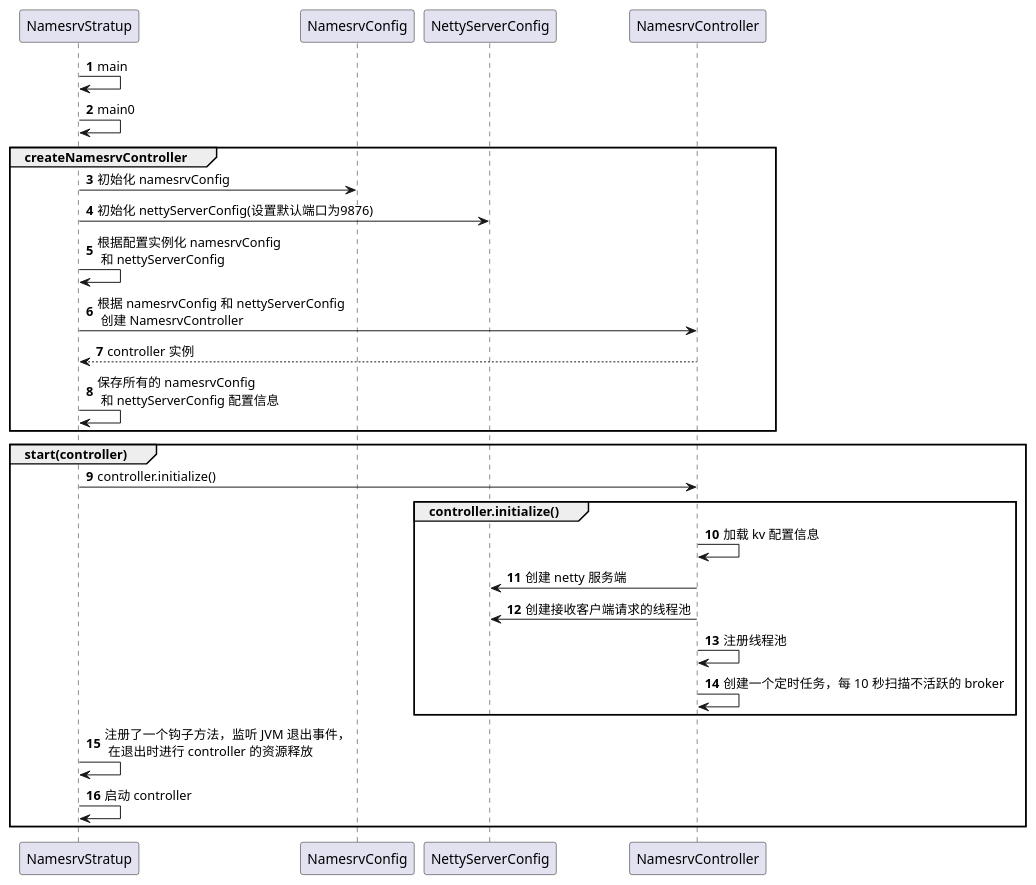
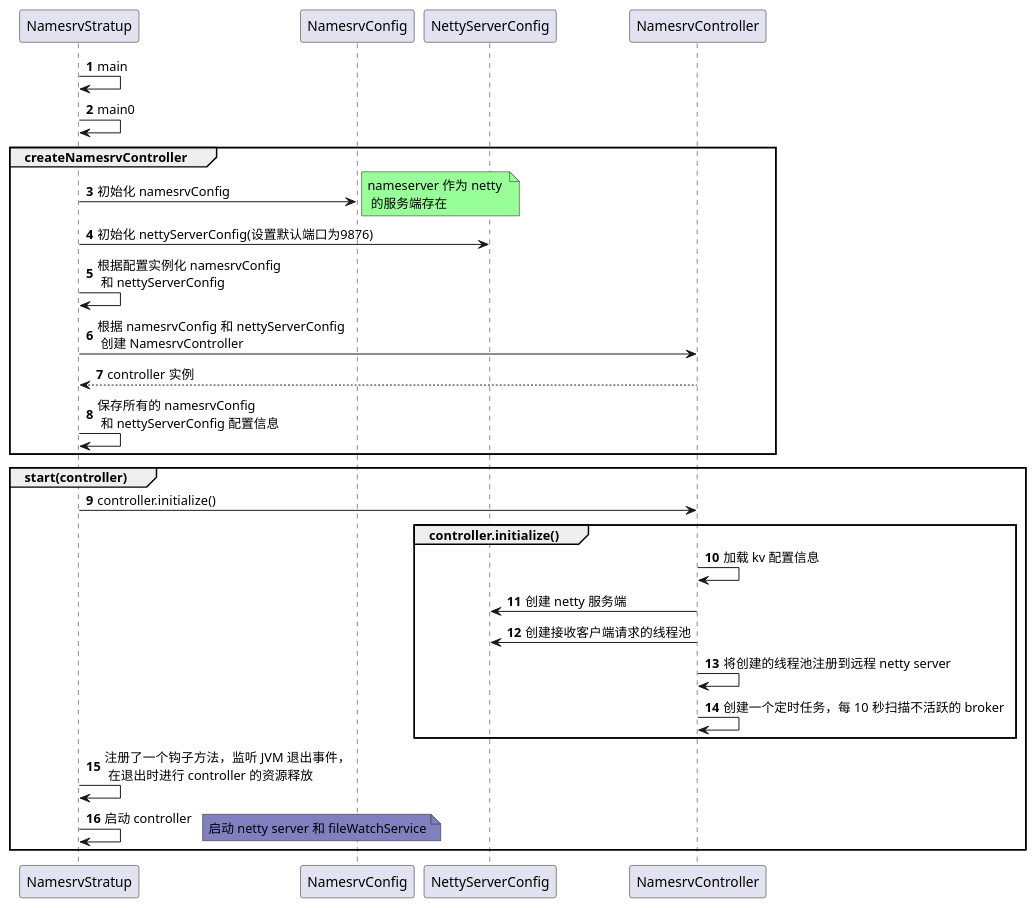
Before and after one commit to CleverZiv/rocketmq-master: the diagram in namesrv/nameserver.puml, drawn with PlantUML. The commit also changed 8 other files, not shown here.

Commit message:
namesrv及broker启动时序图、注释

```diff
--- a/namesrv/nameserver.puml
+++ b/namesrv/nameserver.puml
@@ -1,28 +1,29 @@
 @startuml
 'https://plantuml.com/sequence-diagram
 
 autonumber
-
 NamesrvStratup -> NamesrvStratup: main
 NamesrvStratup -> NamesrvStratup: main0
 group createNamesrvController
 NamesrvStratup -> NamesrvConfig: 初始化 namesrvConfig
+note right #99FF99 : nameserver 作为 netty \n 的服务端存在
 NamesrvStratup -> NettyServerConfig: 初始化 nettyServerConfig(设置默认端口为9876)
 NamesrvStratup -> NamesrvStratup: 根据配置实例化 namesrvConfig \n 和 nettyServerConfig
 NamesrvStratup -> NamesrvController: 根据 namesrvConfig 和 nettyServerConfig \n 创建 NamesrvController
 NamesrvController --> NamesrvStratup: controller 实例
 NamesrvStratup -> NamesrvStratup: 保存所有的 namesrvConfig \n 和 nettyServerConfig 配置信息
 end
 group start(controller)
 NamesrvStratup -> NamesrvController: controller.initialize()
 group controller.initialize()
 NamesrvController -> NamesrvController: 加载 kv 配置信息
 NamesrvController -> NettyServerConfig: 创建 netty 服务端
 NamesrvController -> NettyServerConfig: 创建接收客户端请求的线程池
-NamesrvController -> NamesrvController: 注册线程池
+NamesrvController -> NamesrvController: 将创建的线程池注册到远程 netty server
 NamesrvController -> NamesrvController: 创建一个定时任务，每 10 秒扫描不活跃的 broker
 end
 NamesrvStratup -> NamesrvStratup: 注册了一个钩子方法，监听 JVM 退出事件，\n 在退出时进行 controller 的资源释放
 NamesrvStratup -> NamesrvStratup: 启动 controller
+note right #8080C0: 启动 netty server 和 fileWatchService
 end
 @enduml
```
